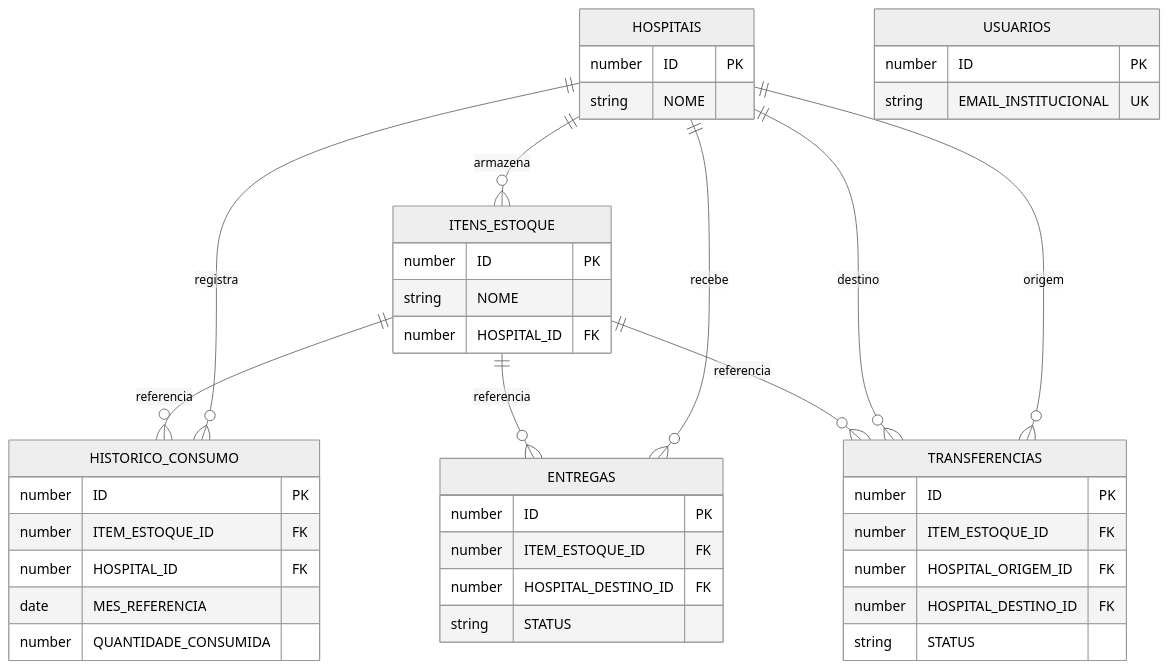
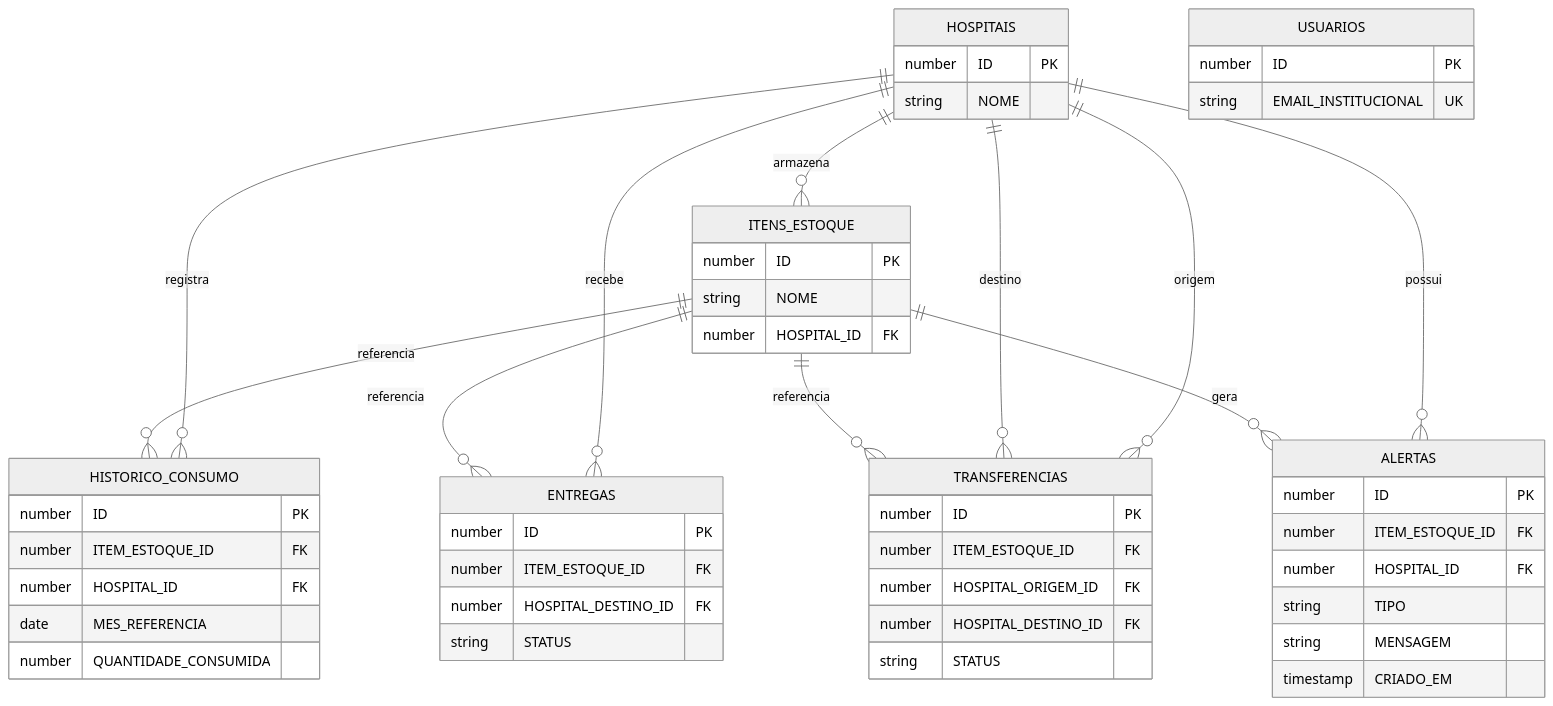
Before and after one commit to cacostacar/MediStock_Back: the diagram in docs/MODELO_E_DICIONARIO.md, drawn with Mermaid (neutral theme). The commit also changed other lines of this file and 9 other files, not shown here.

````diff
--- a/docs/MODELO_E_DICIONARIO.md
+++ b/docs/MODELO_E_DICIONARIO.md
@@ -13,45 +13,55 @@
 ```mermaid
 erDiagram
     direction TB
     HOSPITAIS ||--o{ ITENS_ESTOQUE : armazena
     HOSPITAIS ||--o{ HISTORICO_CONSUMO : registra
     ITENS_ESTOQUE ||--o{ HISTORICO_CONSUMO : referencia
     HOSPITAIS ||--o{ ENTREGAS : recebe
     ITENS_ESTOQUE ||--o{ ENTREGAS : referencia
     HOSPITAIS ||--o{ TRANSFERENCIAS : origem
     HOSPITAIS ||--o{ TRANSFERENCIAS : destino
     ITENS_ESTOQUE ||--o{ TRANSFERENCIAS : referencia
+    HOSPITAIS ||--o{ ALERTAS : possui
+    ITENS_ESTOQUE ||--o{ ALERTAS : gera
     USUARIOS {
         number ID PK
         string EMAIL_INSTITUCIONAL UK
     }
     HOSPITAIS {
         number ID PK
         string NOME
     }
     ITENS_ESTOQUE {
         number ID PK
         string NOME
         number HOSPITAL_ID FK
     }
     HISTORICO_CONSUMO {
         number ID PK
         number ITEM_ESTOQUE_ID FK
         number HOSPITAL_ID FK
         date MES_REFERENCIA
         number QUANTIDADE_CONSUMIDA
     }
     ENTREGAS {
         number ID PK
         number ITEM_ESTOQUE_ID FK
         number HOSPITAL_DESTINO_ID FK
         string STATUS
     }
     TRANSFERENCIAS {
         number ID PK
         number ITEM_ESTOQUE_ID FK
         number HOSPITAL_ORIGEM_ID FK
         number HOSPITAL_DESTINO_ID FK
         string STATUS
     }
+    ALERTAS {
+        number ID PK
+        number ITEM_ESTOQUE_ID FK
+        number HOSPITAL_ID FK
+        string TIPO
+        string MENSAGEM
+        timestamp CRIADO_EM
+    }
 ```
````
